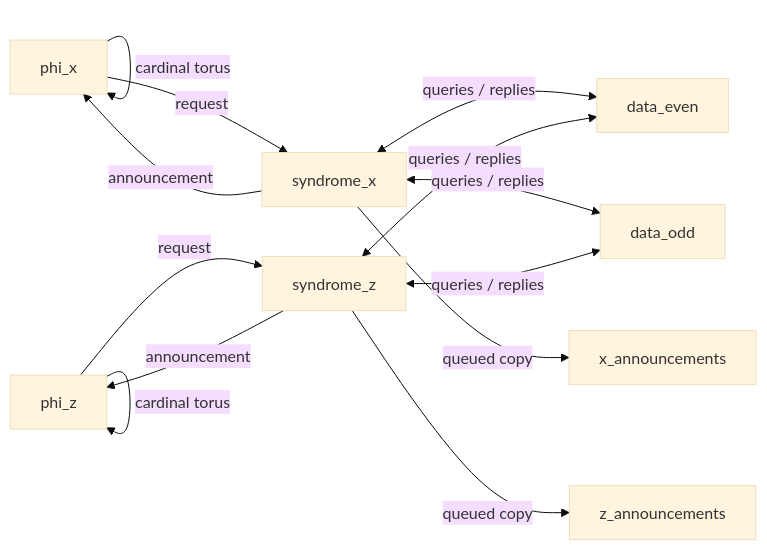
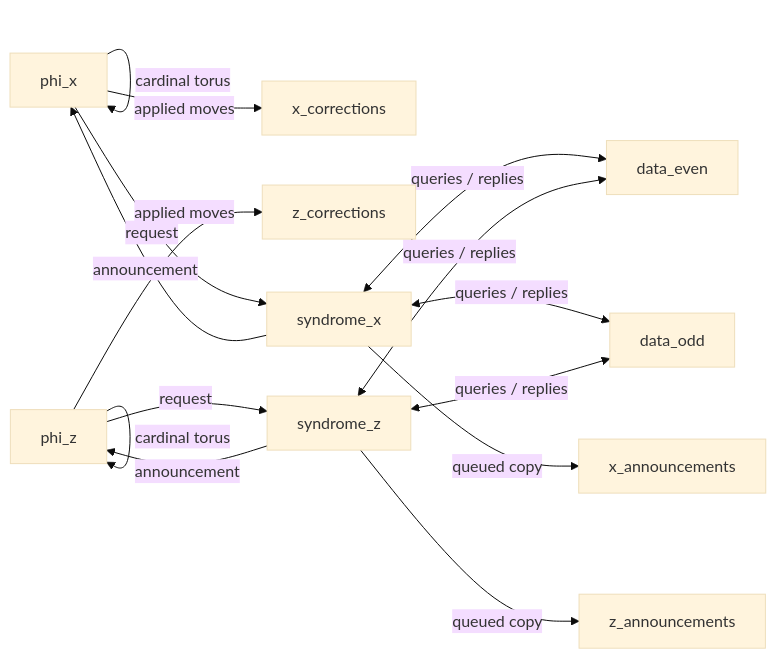
The second of 2 diagrams in src/examples/phi_decoder/phi_phenom_topology.md (ecpeterson/erl_hls), drawn with Mermaid (base theme) before and after one commit. The commit also changed other lines of this file and 46 other files, not shown here.

````diff
--- a/src/examples/phi_decoder/phi_phenom_topology.md
+++ b/src/examples/phi_decoder/phi_phenom_topology.md
@@ -138,18 +137,20 @@
 ```mermaid
 flowchart LR
     PX["phi_x"] -->|"cardinal torus"| PX
     PZ["phi_z"] -->|"cardinal torus"| PZ
 
     PX -->|"request"| SX["syndrome_x"]
     SX -->|"announcement"| PX
     PZ -->|"request"| SZ["syndrome_z"]
     SZ -->|"announcement"| PZ
 
     SX <-->|"queries / replies"| DE["data_even"]
     SX <-->|"queries / replies"| DO["data_odd"]
     SZ <-->|"queries / replies"| DE
     SZ <-->|"queries / replies"| DO
 
     SX -->|"queued copy"| XO["x_announcements"]
     SZ -->|"queued copy"| ZO["z_announcements"]
+    PX -->|"applied moves"| XC["x_corrections"]
+    PZ -->|"applied moves"| ZC["z_corrections"]
 ```
````
